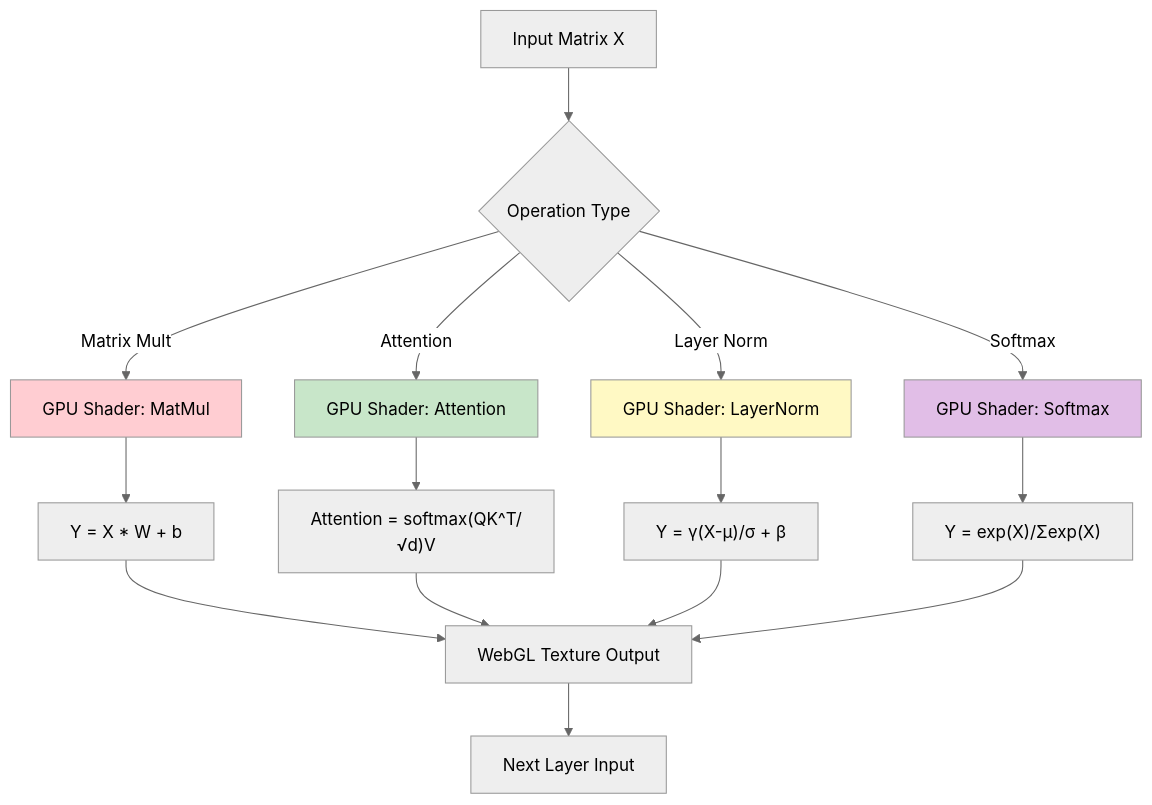
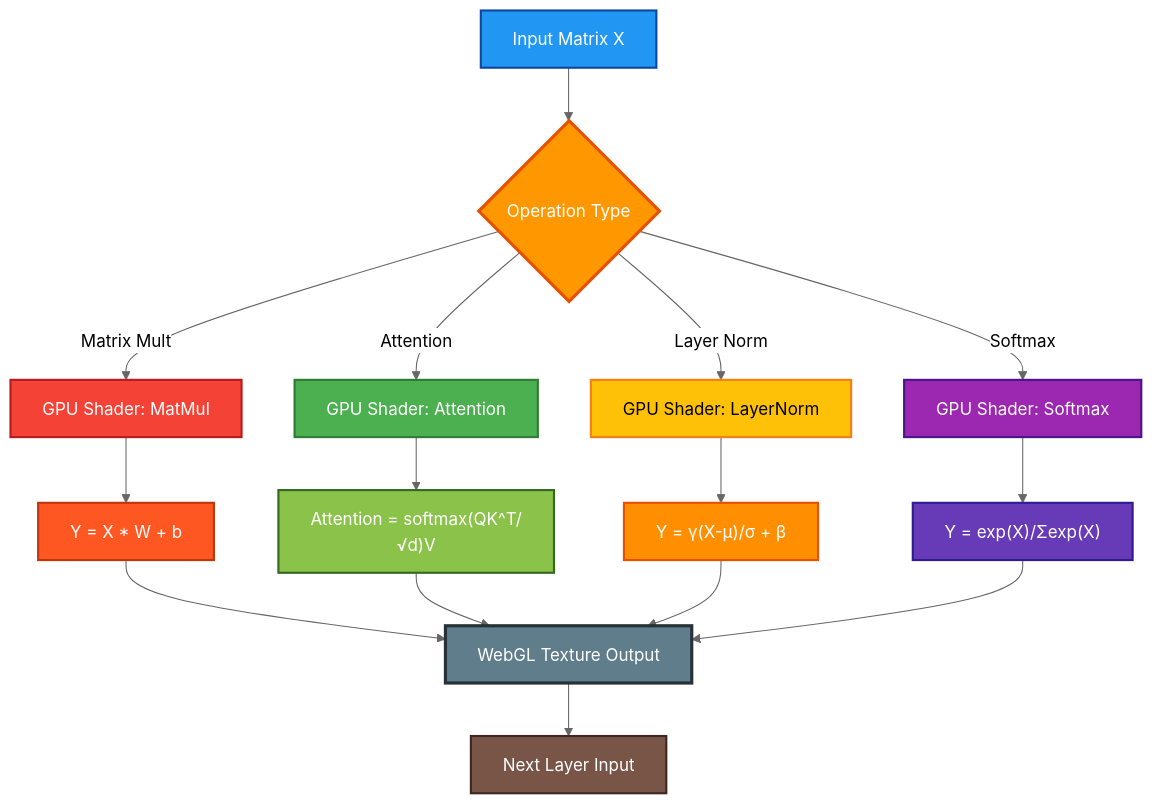
One commit to felipesanchez-dev/LLMs changed the fifth of 13 diagrams in README.md. Above: the diagram before and after it, drawn with Mermaid (neutral theme). The commit also changed other lines of this file, not shown here.

Commit message:
feat: Mejorar estilos de diagramas en el README para mayor contraste y visibilidad

````diff
--- a/README.md
+++ b/README.md
@@ -327,26 +327,38 @@
 ```mermaid
 flowchart TD
     A[Input Matrix X] --> B{Operation Type}
 
     B -->|Matrix Mult| C[GPU Shader: MatMul]
     B -->|Attention| D[GPU Shader: Attention]
     B -->|Layer Norm| E[GPU Shader: LayerNorm]
     B -->|Softmax| F[GPU Shader: Softmax]
 
     C --> G["Y = X * W + b"]
     D --> H["Attention = softmax(QK^T/√d)V"]
     E --> I["Y = γ(X-μ)/σ + β"]
     F --> J["Y = exp(X)/Σexp(X)"]
 
     G --> K[WebGL Texture Output]
     H --> K
     I --> K
     J --> K
 
     K --> L[Next Layer Input]
 
-    style C fill:#ffcdd2
-    style D fill:#c8e6c9
-    style E fill:#fff9c4
-    style F fill:#e1bee7
+    %% Estilos mejorados con mejor contraste
+    style A fill:#2196F3,stroke:#0D47A1,stroke-width:2px,color:#ffffff
+    style B fill:#FF9800,stroke:#E65100,stroke-width:3px,color:#ffffff
+    
+    style C fill:#F44336,stroke:#B71C1C,stroke-width:2px,color:#ffffff
+    style D fill:#4CAF50,stroke:#2E7D32,stroke-width:2px,color:#ffffff
+    style E fill:#FFC107,stroke:#F57F17,stroke-width:2px,color:#000000
+    style F fill:#9C27B0,stroke:#4A148C,stroke-width:2px,color:#ffffff
+    
+    style G fill:#FF5722,stroke:#BF360C,stroke-width:2px,color:#ffffff
+    style H fill:#8BC34A,stroke:#33691E,stroke-width:2px,color:#ffffff
+    style I fill:#FF8F00,stroke:#E65100,stroke-width:2px,color:#ffffff
+    style J fill:#673AB7,stroke:#311B92,stroke-width:2px,color:#ffffff
+    
+    style K fill:#607D8B,stroke:#263238,stroke-width:3px,color:#ffffff
+    style L fill:#795548,stroke:#3E2723,stroke-width:2px,color:#ffffff
 ```
````
